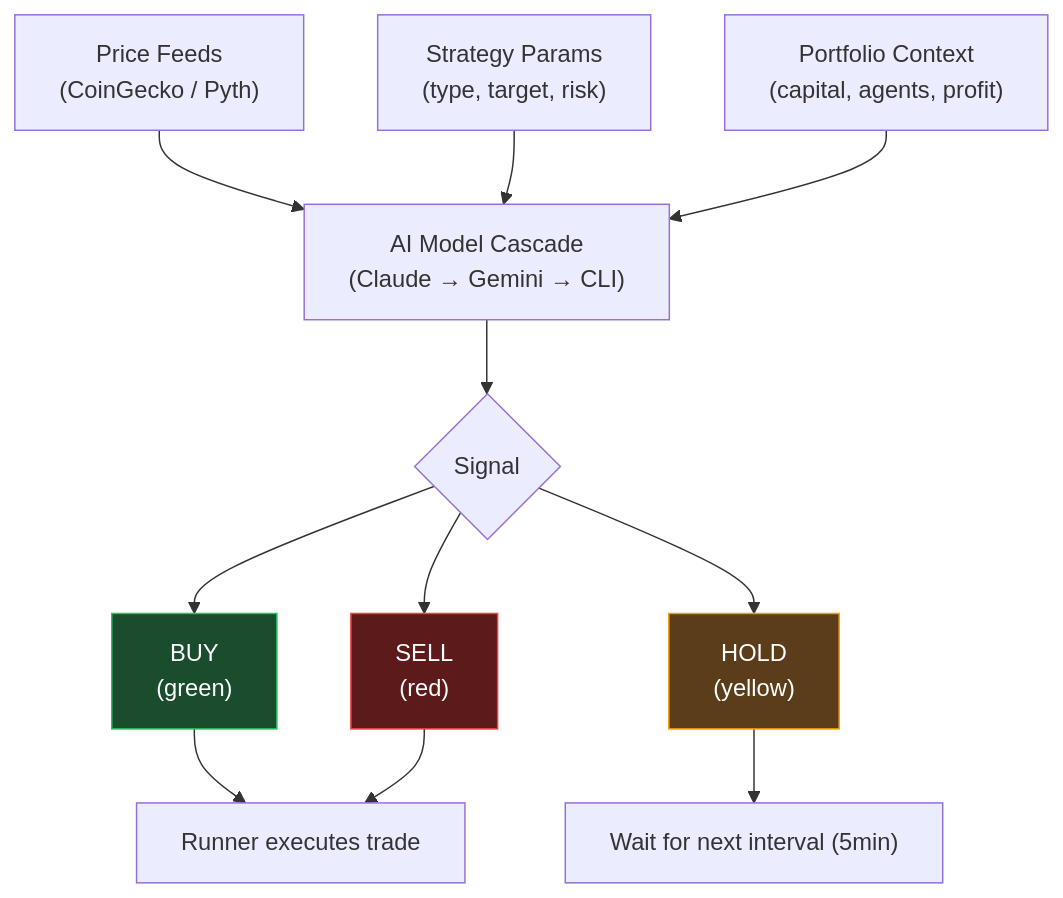
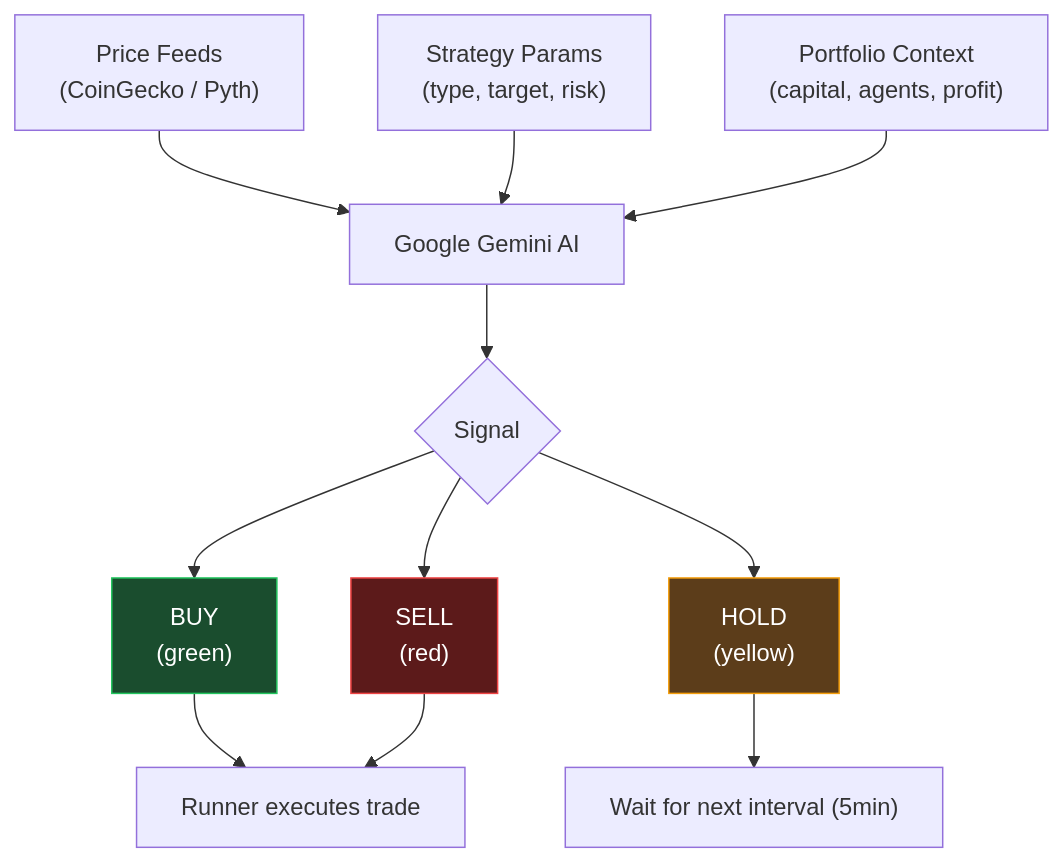
The second of 2 diagrams in Docs/technical/agent-runner.md (ndwn023/InitiaAgent), drawn with Mermaid before and after one commit. The commit also changed other lines of this file and 2347 other files, not shown here.

````diff
--- a/Docs/technical/agent-runner.md
+++ b/Docs/technical/agent-runner.md
@@ -106,17 +106,17 @@
 ```mermaid
 flowchart TD
-    P["Price Feeds\n(CoinGecko / Pyth)"] --> AI["AI Model Cascade\n(Claude → Gemini → CLI)"]
+    P["Price Feeds\n(CoinGecko / Pyth)"] --> AI["Google Gemini AI"]
     S["Strategy Params\n(type, target, risk)"] --> AI
     C["Portfolio Context\n(capital, agents, profit)"] --> AI
     AI --> Signal{"Signal"}
     Signal --> BUY["BUY\n(green)"]
     Signal --> SELL["SELL\n(red)"]
     Signal --> HOLD["HOLD\n(yellow)"]
     BUY --> R["Runner executes trade"]
     SELL --> R
     HOLD --> W["Wait for next interval (5min)"]
 
     style BUY fill:#1a4d2e,stroke:#22c55e,color:#fff
     style SELL fill:#5c1a1a,stroke:#ef4444,color:#fff
     style HOLD fill:#5c3d1a,stroke:#f59e0b,color:#fff
 ```
````
